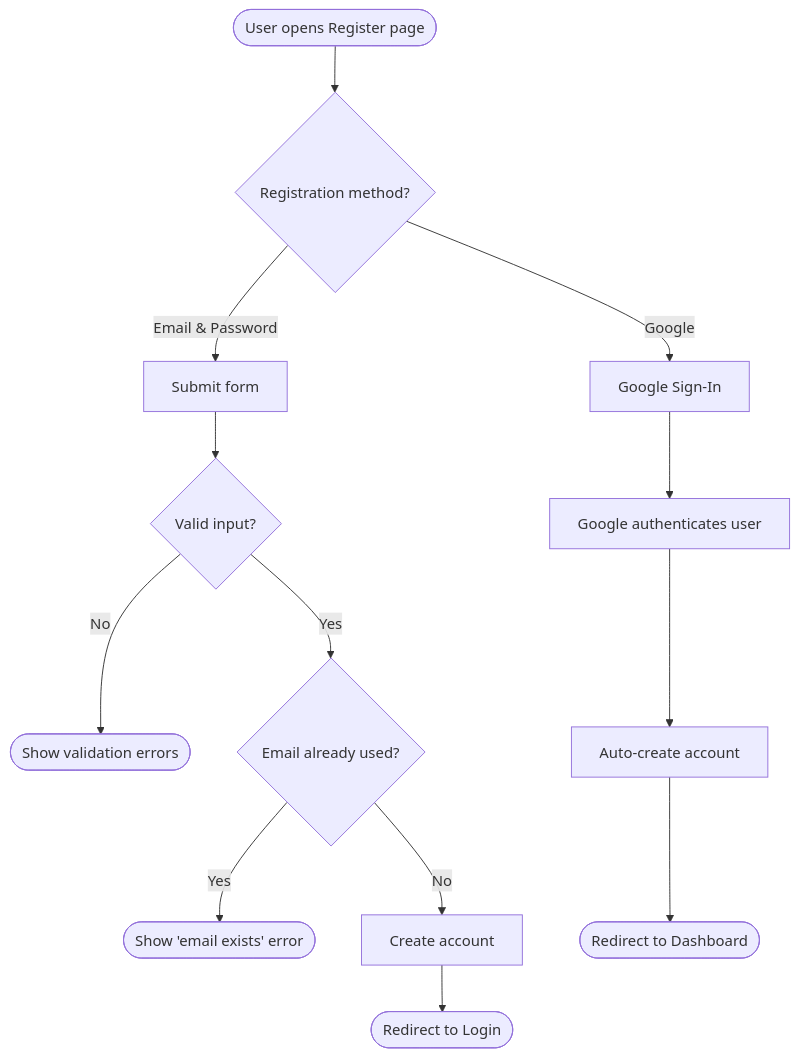
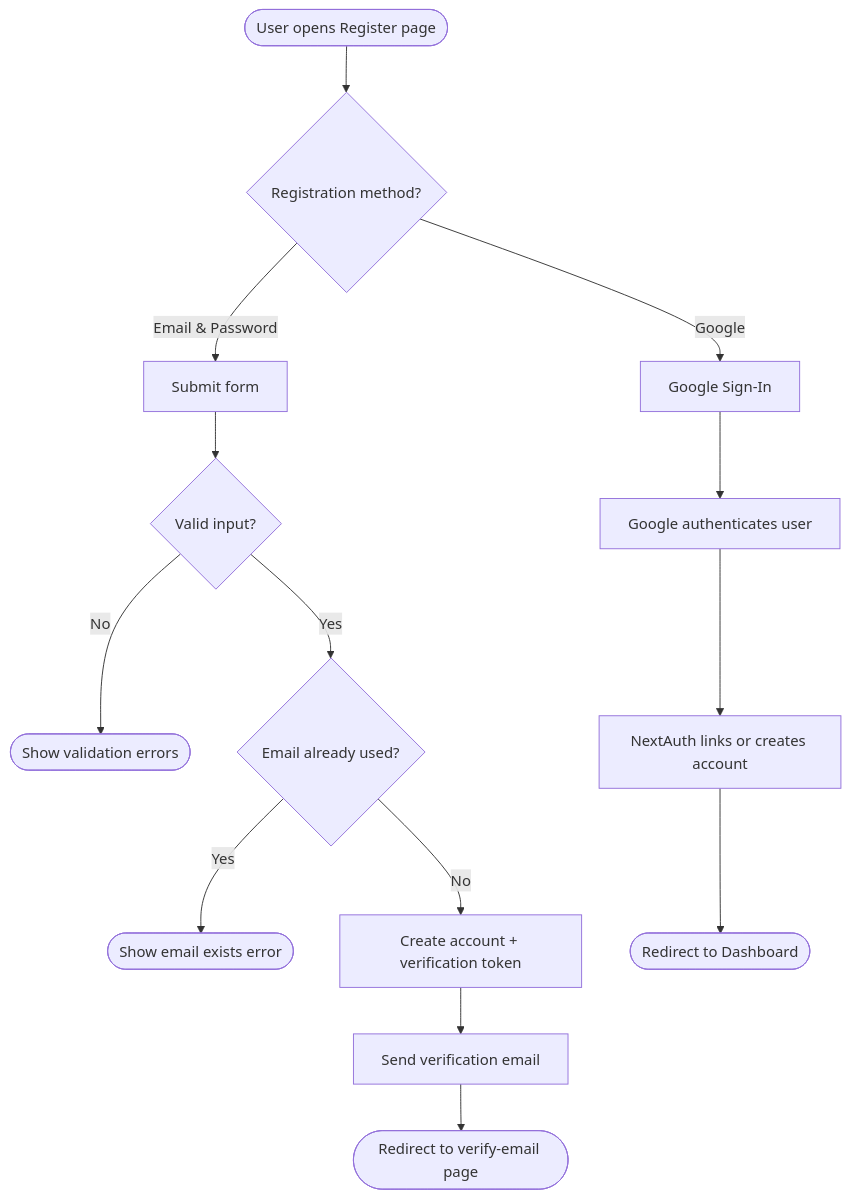
The diagram in diagrams/code/register-flow.mmd (Rounatto/InsureVisionApp), drawn with Mermaid before and after one commit. The commit also changed 18 other files, not shown here.

Commit message:
update diagrams

```diff
--- a/diagrams/code/register-flow.mmd
+++ b/diagrams/code/register-flow.mmd
@@ -1,18 +1,19 @@
 flowchart TD
     Start([User opens Register page]) --> Choice{Registration method?}
 
     Choice -->|Email & Password| Submit[Submit form]
     Choice -->|Google| Google[Google Sign-In]
 
     Submit --> Validate{Valid input?}
     Validate -->|No| Error1([Show validation errors])
 
     Validate -->|Yes| CheckEmail{Email already used?}
-    CheckEmail -->|Yes| Error2([Show 'email exists' error])
+    CheckEmail -->|Yes| Error2([Show email exists error])
 
-    CheckEmail -->|No| Create[Create account]
-    Create --> Success([Redirect to Login])
+    CheckEmail -->|No| Create[Create account + verification token]
+    Create --> Verify[Send verification email]
+    Verify --> Success([Redirect to verify-email page])
 
     Google --> OAuth[Google authenticates user]
-    OAuth --> AutoCreate[Auto-create account]
+    OAuth --> AutoCreate[NextAuth links or creates account]
     AutoCreate --> Dashboard([Redirect to Dashboard])
```
